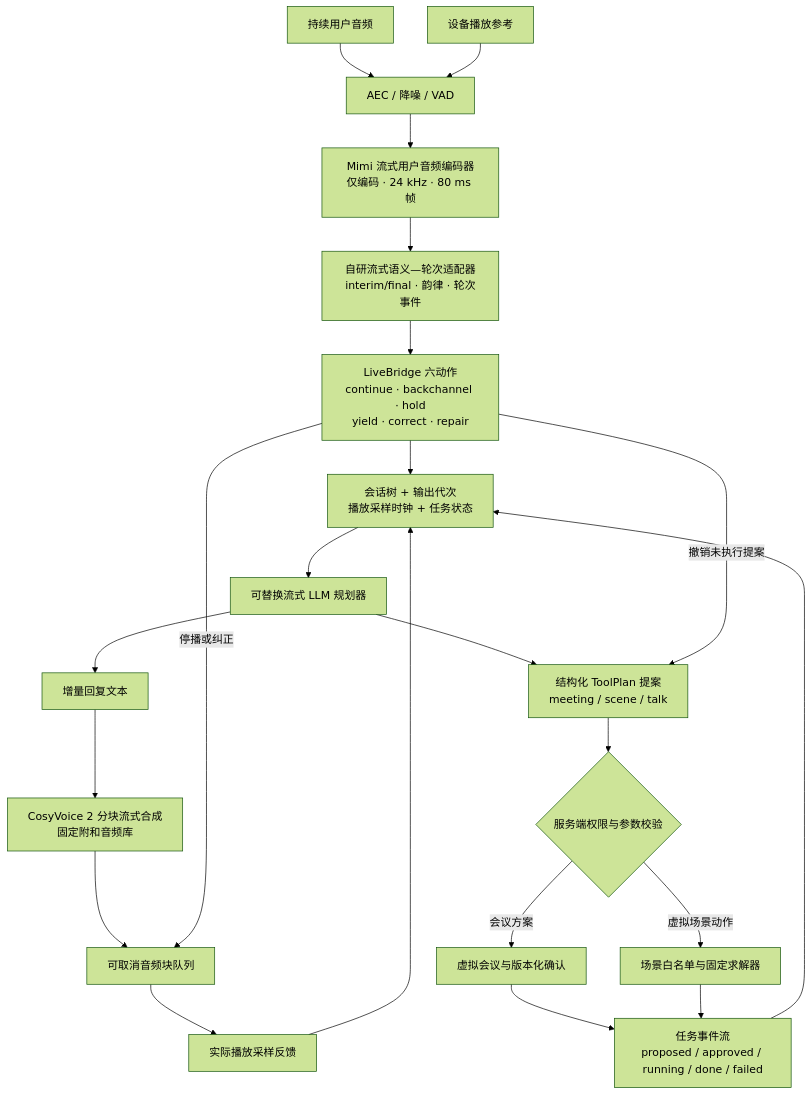
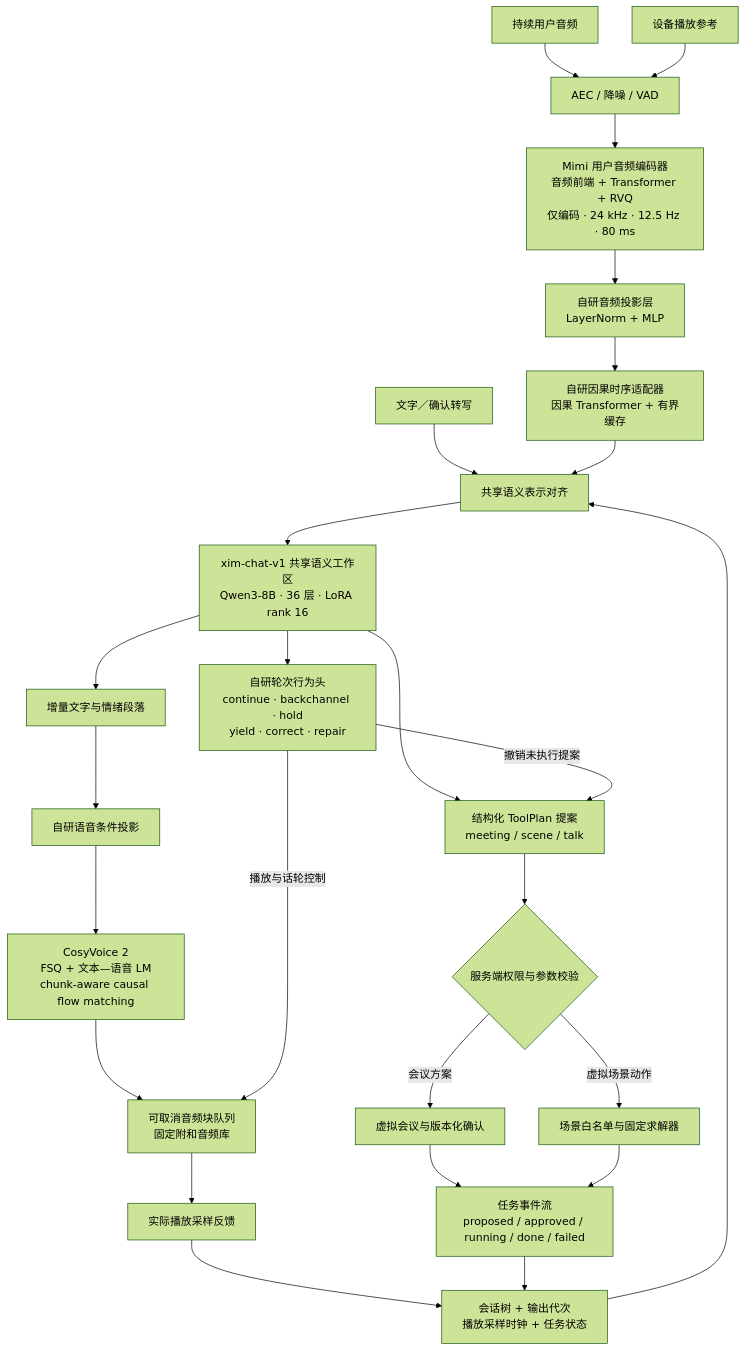
Before and after one commit to wuki-creator/Xim-duplex: the second of 2 diagrams in docs/VOICE_TASK_PIPELINE.md, drawn with Mermaid (forest theme). The commit also changed other lines of this file and 6 other files, not shown here.

Commit message:
docs: define MOSS-free multimodal fusion architecture

````diff
--- a/docs/VOICE_TASK_PIPELINE.md
+++ b/docs/VOICE_TASK_PIPELINE.md
@@ -164,26 +164,29 @@
 ```mermaid
 flowchart TD
     AUDIO[持续用户音频] --> AEC[AEC / 降噪 / VAD]
     REF[设备播放参考] --> AEC
-    AEC --> MIMI[Mimi 流式用户音频编码器<br/>仅编码 · 24 kHz · 80 ms 帧]
-    MIMI --> ADAPTER[自研流式语义—轮次适配器<br/>interim/final · 韵律 · 轮次事件]
-    ADAPTER --> POLICY[LiveBridge 六动作<br/>continue · backchannel · hold<br/>yield · correct · repair]
-    POLICY --> STATE[会话树 + 输出代次<br/>播放采样时钟 + 任务状态]
-    STATE --> PLANNER[可替换流式 LLM 规划器]
-
-    PLANNER --> CHAT[增量回复文本]
-    CHAT --> CV2[CosyVoice 2 分块流式合成<br/>固定附和音频库]
-    CV2 --> PLAY[可取消音频块队列]
+    AEC --> MIMI[Mimi 用户音频编码器<br/>音频前端 + Transformer + RVQ<br/>仅编码 · 24 kHz · 12.5 Hz · 80 ms]
+    MIMI --> PROJ[自研音频投影层<br/>LayerNorm + MLP]
+    PROJ --> ADAPTER[自研因果时序适配器<br/>因果 Transformer + 有界缓存]
+    TEXT[文字／确认转写] --> ALIGN[共享语义表示对齐]
+    ADAPTER --> ALIGN
+    STATE[会话树 + 输出代次<br/>播放采样时钟 + 任务状态] --> ALIGN
+    ALIGN --> XIM[xim-chat-v1 共享语义工作区<br/>Qwen3-8B · 36 层 · LoRA rank 16]
+    XIM --> POLICY[自研轮次行为头<br/>continue · backchannel · hold<br/>yield · correct · repair]
+    XIM --> CHAT[增量文字与情绪段落]
+    CHAT --> VPROJ[自研语音条件投影]
+    VPROJ --> CV2[CosyVoice 2<br/>FSQ + 文本—语音 LM<br/>chunk-aware causal flow matching]
+    CV2 --> PLAY[可取消音频块队列<br/>固定附和音频库]
     PLAY --> SAMPLES[实际播放采样反馈]
     SAMPLES --> STATE
+    POLICY -->|播放与话轮控制| PLAY
 
-    PLANNER --> TOOLPLAN[结构化 ToolPlan 提案<br/>meeting / scene / talk]
+    XIM --> TOOLPLAN[结构化 ToolPlan 提案<br/>meeting / scene / talk]
     TOOLPLAN --> POLICYCHECK{服务端权限与参数校验}
     POLICYCHECK -->|会议方案| MROOM[虚拟会议与版本化确认]
     POLICYCHECK -->|虚拟场景动作| MSCENE[场景白名单与固定求解器]
     MROOM --> EVENTS[任务事件流<br/>proposed / approved / running / done / failed]
     MSCENE --> EVENTS
     EVENTS --> STATE
-    POLICY -->|停播或纠正| PLAY
     POLICY -->|撤销未执行提案| TOOLPLAN
 ```
````
